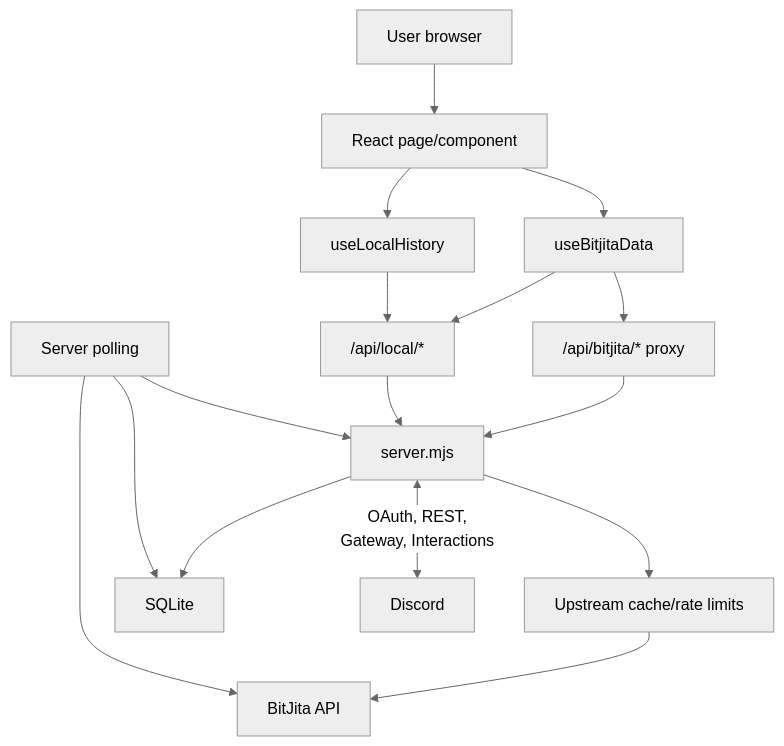
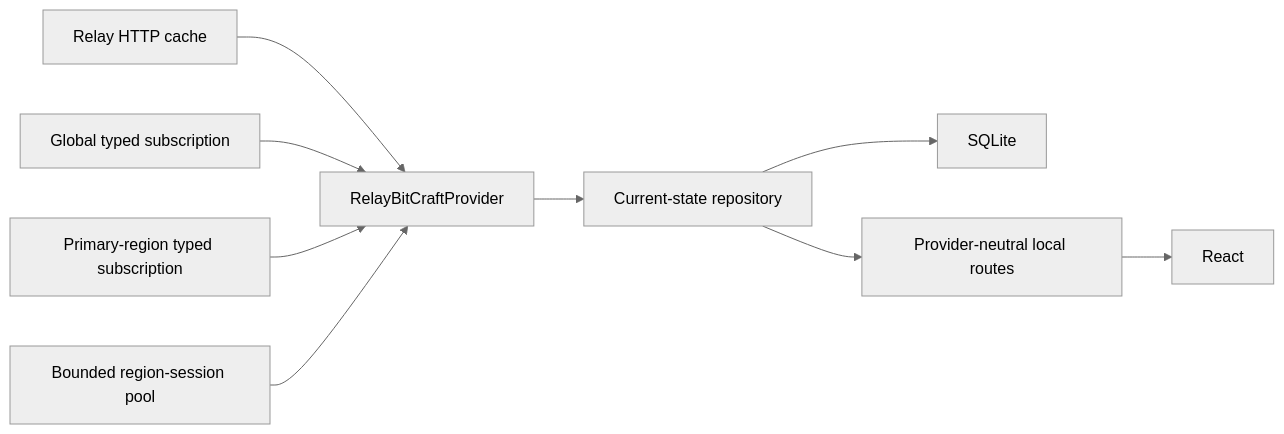
One commit to Red463/bitcraft-claim-monitor changed the diagram in docs/application-overview.md. Above: the diagram before and after it, drawn with Mermaid (neutral theme). The commit also changed other lines of this file and 47 other files, not shown here.

````diff
--- a/docs/application-overview.md
+++ b/docs/application-overview.md
@@ -330,31 +12,21 @@
 ```mermaid
-flowchart TD
-  User["User browser"]
-  React["React page/component"]
-  UseBitjita["useBitjitaData"]
-  UseHistory["useLocalHistory"]
-  LocalApi["/api/local/*"]
-  Proxy["/api/bitjita/* proxy"]
-  Server["server.mjs"]
-  Cache["Upstream cache/rate limits"]
-  BitJita["BitJita API"]
-  SQLite["SQLite"]
-  Poller["Server polling"]
-  Discord["Discord"]
+flowchart LR
+  RelayHttp["Relay HTTP cache"]
+  Global["Global typed subscription"]
+  Primary["Primary-region typed subscription"]
+  Pool["Bounded region-session pool"]
+  Provider["RelayBitCraftProvider"]
+  Repo["Current-state repository"]
+  Sqlite["SQLite"]
+  LocalApi["Provider-neutral local routes"]
+  Browser["React"]
 
-  User --> React
-  React --> UseBitjita
-  React --> UseHistory
-  UseBitjita --> Proxy
-  UseBitjita --> LocalApi
-  UseHistory --> LocalApi
-  Proxy --> Server
-  LocalApi --> Server
-  Server --> Cache
-  Cache --> BitJita
-  Server --> SQLite
-  Poller --> Server
-  Poller --> BitJita
-  Poller --> SQLite
-  Server <-->|"OAuth, REST,\nGateway, Interactions"| Discord
+  RelayHttp --> Provider
+  Global --> Provider
+  Primary --> Provider
+  Pool --> Provider
+  Provider --> Repo
+  Repo --> Sqlite
+  Repo --> LocalApi
+  LocalApi --> Browser
 ```
````
